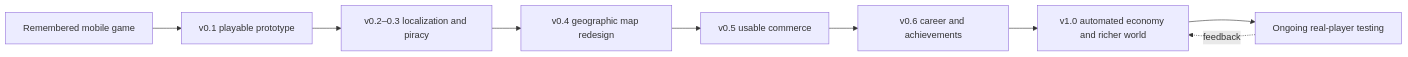
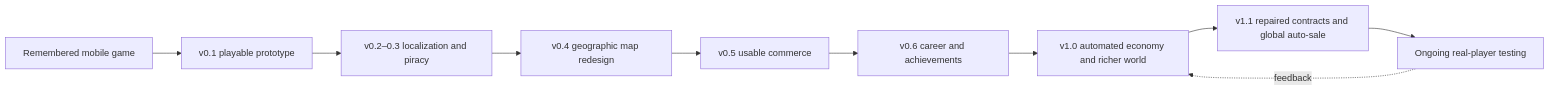
One commit to KonstantinOreshnikov/KonstantinOreshnikov changed the diagram in projects/caribbean-merchant/README.md. Above: the diagram before and after it, drawn with Mermaid. The commit also changed other lines of this file and 3 other files, not shown here.

````diff
--- a/projects/caribbean-merchant/README.md
+++ b/projects/caribbean-merchant/README.md
@@ -53,11 +65,12 @@
 ```mermaid
 flowchart LR
  M[Remembered mobile game] --> P[v0.1 playable prototype]
  P --> L[v0.2–0.3 localization and piracy]
  L --> C[v0.4 geographic map redesign]
  C --> U[v0.5 usable commerce]
  U --> G[v0.6 career and achievements]
  G --> R[v1.0 automated economy and richer world]
- R --> T[Ongoing real-player testing]
+ R --> S[v1.1 repaired contracts and global auto-sale]
+ S --> T[Ongoing real-player testing]
  T -.feedback.-> R
 ```
````
